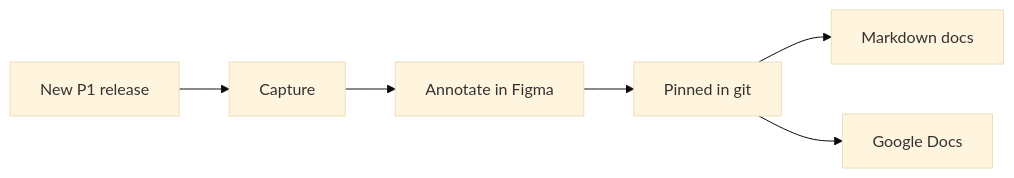
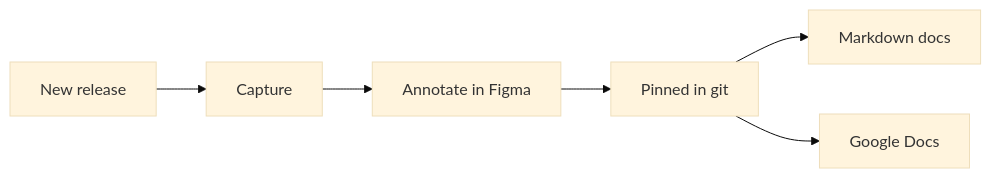
Before and after one commit to courtneyr-dev/screenshots-to-docs: the diagram in docs/index.md, drawn with Mermaid (base theme). The commit also changed other lines of this file and 30 other files, not shown here.

````diff
--- a/docs/index.md
+++ b/docs/index.md
@@ -13,6 +20,6 @@
 ```mermaid
 flowchart LR
-  A["New P1 release"] --> B["Capture"] --> C["Annotate in Figma"] --> D["Pinned in git"]
+  A["New release"] --> B["Capture"] --> C["Annotate in Figma"] --> D["Pinned in git"]
   D --> E["Markdown docs"]
   D --> F["Google Docs"]
 ```
````
